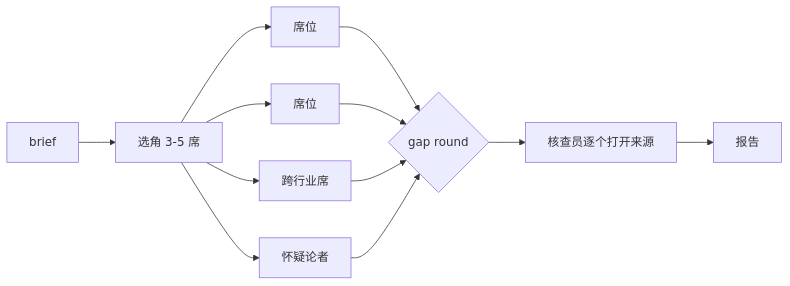
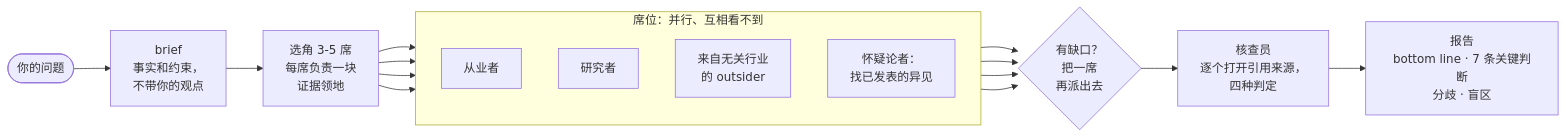
One commit to xhyumiracle/family-skill changed the diagram in README.zh-CN.md. Above: the diagram before and after it, drawn with Mermaid. The commit also changed other lines of this file and 1 other file, not shown here.

Commit message:
README: readable flow diagram, highlights instead of a rules table, references section

````diff
--- a/README.zh-CN.md
+++ b/README.zh-CN.md
@@ -15,8 +15,16 @@
 ```mermaid
 flowchart LR
-  B[brief] --> C[选角 3-5 席]
-  C --> S1[席位] & S2[席位] & S3[跨行业席] & S4[怀疑论者]
-  S1 & S2 & S3 & S4 --> G{gap round}
-  G --> V[核查员逐个打开来源]
-  V --> R[报告]
+  Q([你的问题]) --> B["brief<br/>事实和约束，<br/>不带你的观点"]
+  B --> C["选角 3-5 席<br/>每席负责一块<br/>证据领地"]
+  subgraph crew ["席位：并行、互相看不到"]
+    direction TB
+    S1["从业者"]
+    S2["研究者"]
+    S3["来自无关行业<br/>的 outsider"]
+    S4["怀疑论者：<br/>找已发表的异见"]
+  end
+  C --> S1 & S2 & S3 & S4
+  S1 & S2 & S3 & S4 --> G{"有缺口？<br/>把一席<br/>再派出去"}
+  G --> V["核查员<br/>逐个打开引用来源，<br/>四种判定"]
+  V --> R["报告<br/>bottom line · 7 条关键判断<br/>分歧 · 盲区"]
 ```
````
